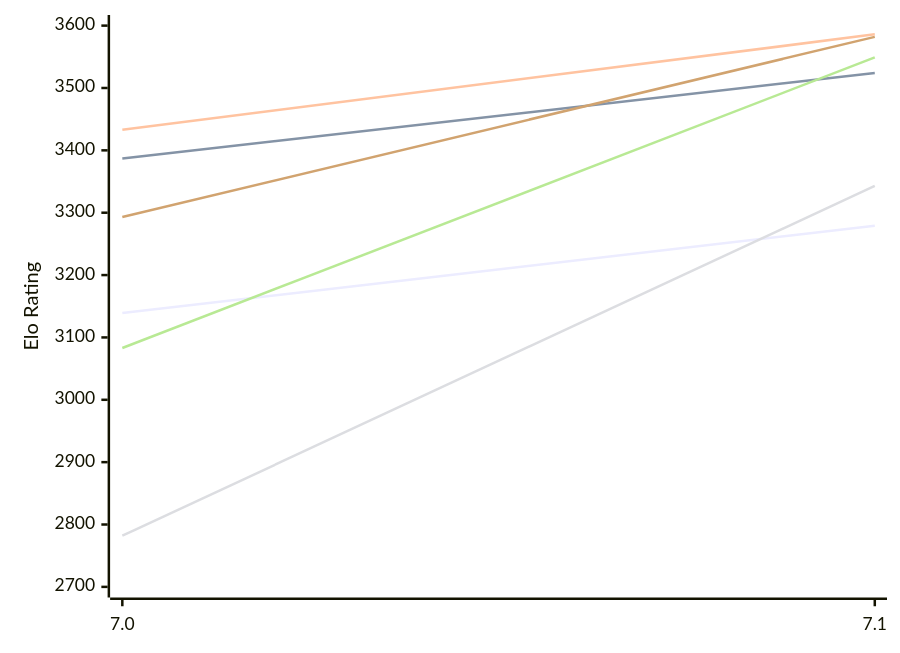
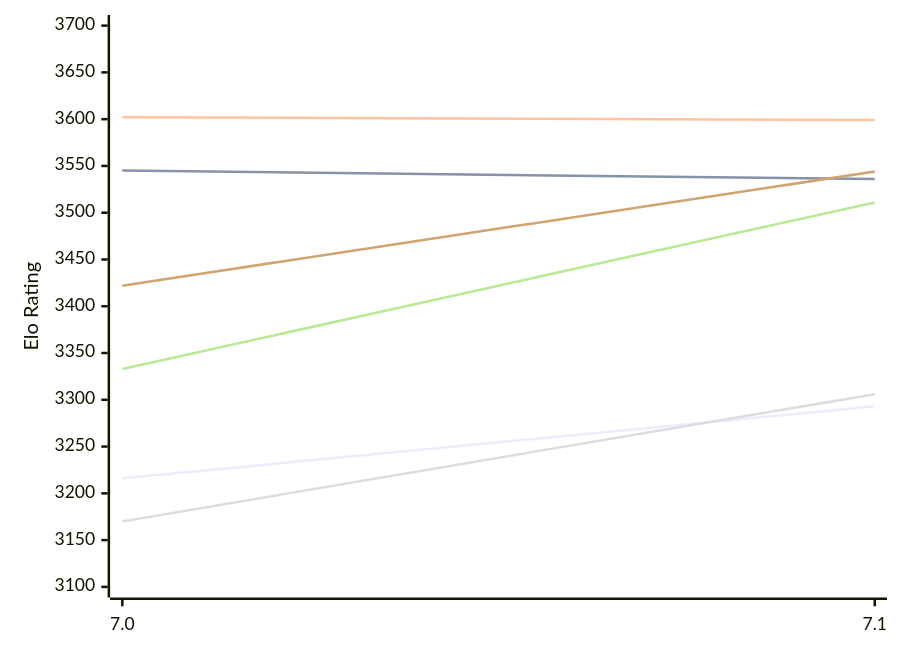
One commit to computer-chess-index/cci changed the first of 2 diagrams in engines/PZChessBot.md. Above: the diagram before and after it, drawn with Mermaid. The commit also changed other lines of this file, not shown here.

Commit message:
Update CCI Ratings (ELO VLTC) - 2026-11-14

````diff
--- a/engines/PZChessBot.md
+++ b/engines/PZChessBot.md
@@ -53,12 +53,12 @@
 ```mermaid
 %%{init: {"theme":"base","themeVariables":{"seriesColors:['#a3a3a3','#222221','#faa371']}}}%%
 xychart-beta
   x-axis ["7.0", "7.1"]
-  y-axis "Elo Rating" 2700 --> 3600
-  line "E1: STC (8.0+0.08s)" [3139, 3279]
-  line "E1: LTC (60.0+0.60s)" [3387, 3524]
-  line "E1: VLTC (2m24s+1.12s)" [3433, 3586]
-  line "P1: STC (8.0+0.08s)" [2782, 3343]
-  line "P1: LTC (60.0+0.60s)" [3083, 3549]
-  line "P1: VLTC (2m24s+1.12s)" [3293, 3582]
+  y-axis "Elo Rating" 3100 --> 3700
+  line "E1: STC (8.0+0.08s)" [3216, 3293]
+  line "E1: LTC (60.0+0.60s)" [3545, 3536]
+  line "E1: VLTC (2m24s+1.12s)" [3602, 3599]
+  line "P1: STC (8.0+0.08s)" [3170, 3306]
+  line "P1: LTC (60.0+0.60s)" [3333, 3511]
+  line "P1: VLTC (2m24s+1.12s)" [3422, 3544]
 ```
````
